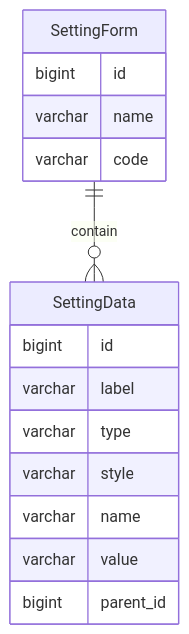
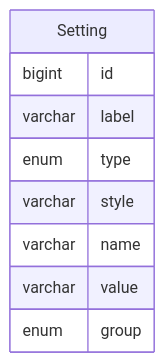
The diagram in docs/develop/4.setting.md (mrzhqiang/rowing), drawn with Mermaid before and after one commit. The commit also changed other lines of this file and 16 other files, not shown here.

````diff
--- a/docs/develop/4.setting.md
+++ b/docs/develop/4.setting.md
@@ -24,18 +26,12 @@
 ```mermaid
 erDiagram
-    SettingForm ||--o{ SettingData : contain
-    SettingForm {
-        bigint id
-        varchar name
-        varchar code
-    }
-    SettingData {
+    Setting {
         bigint id
         varchar label
-        varchar type
+        enum    type
         varchar style
         varchar name
         varchar value
-        bigint parent_id
+        enum    group
     }
 ```
````
